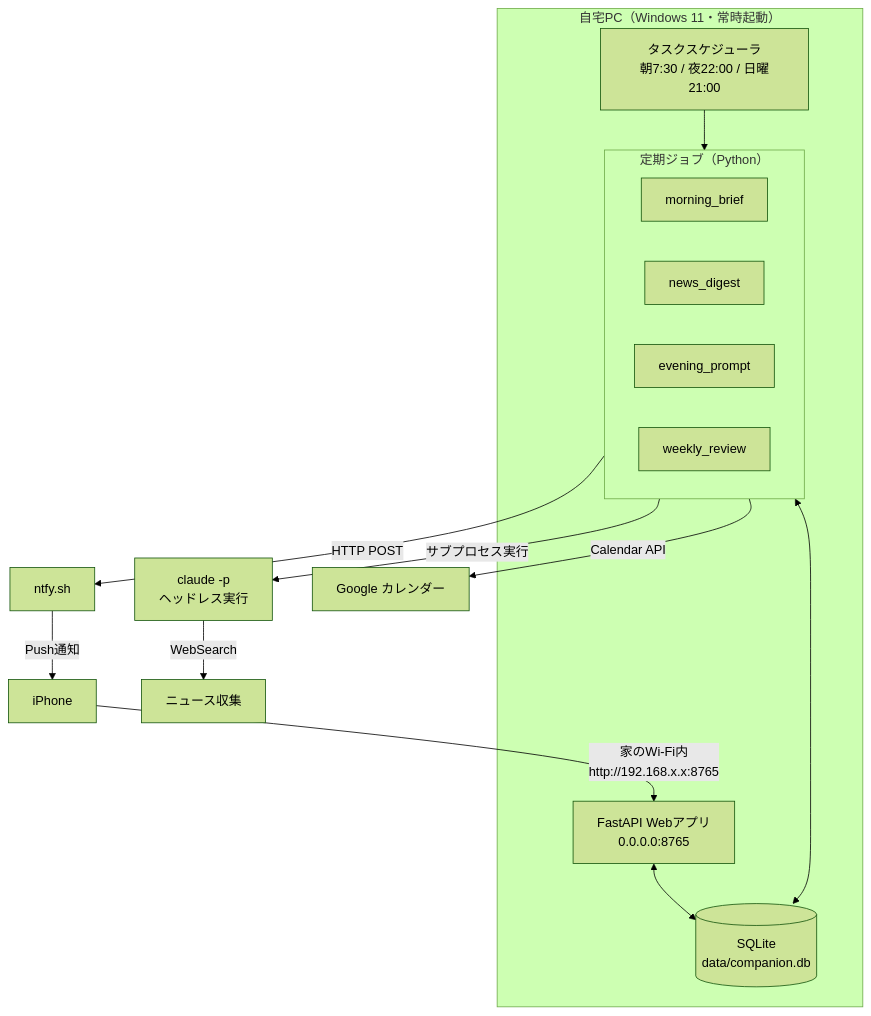
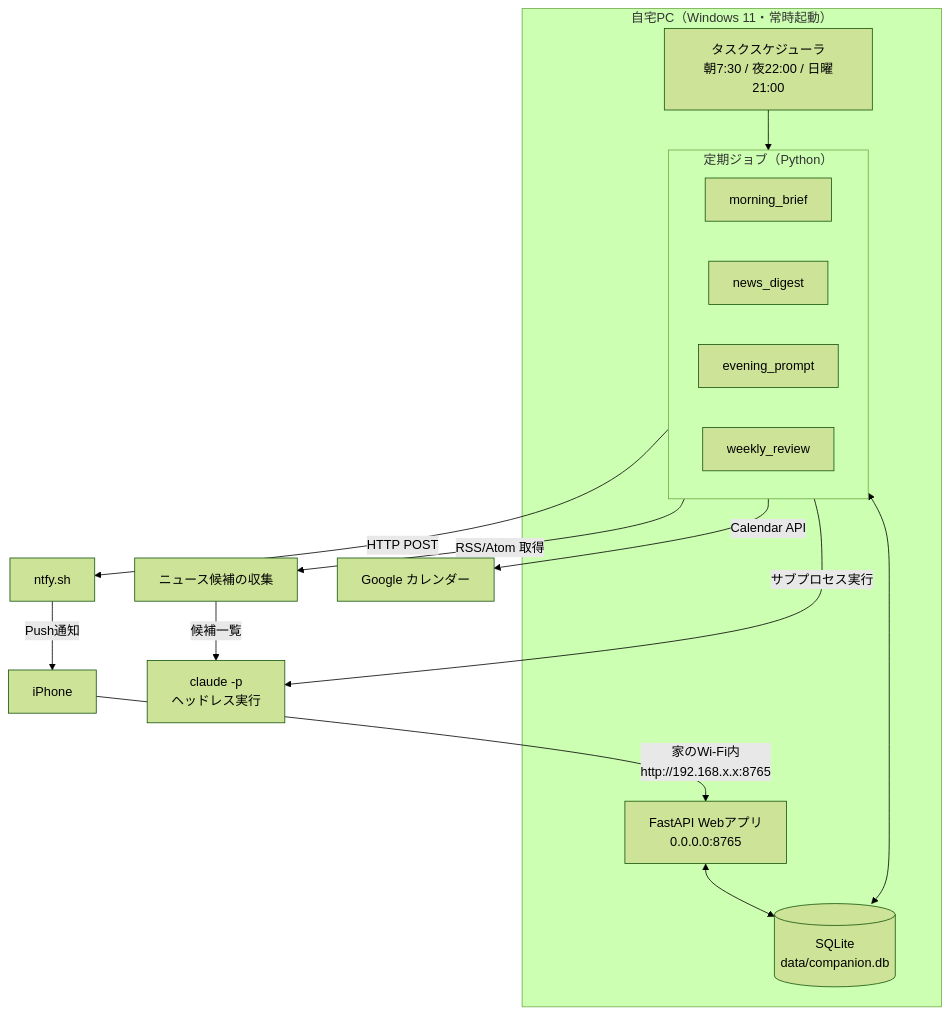
One commit to hattrickyu3/daily-companion changed the first of 2 diagrams in docs/requirements.md. Above: the diagram before and after it, drawn with Mermaid (forest theme). The commit also changed other lines of this file and 7 other files, not shown here.

````diff
--- a/docs/requirements.md
+++ b/docs/requirements.md
@@ -33,24 +33,25 @@
 ```mermaid
 flowchart TB
     subgraph PC["自宅PC（Windows 11・常時起動）"]
         TS["タスクスケジューラ<br/>朝7:30 / 夜22:00 / 日曜21:00"]
         subgraph JOBS["定期ジョブ（Python）"]
             MB["morning_brief"]
             NEWS["news_digest"]
             EV["evening_prompt"]
             WR["weekly_review"]
         end
         WEB["FastAPI Webアプリ<br/>0.0.0.0:8765"]
         DB[("SQLite<br/>data/companion.db")]
     end
 
     TS --> JOBS
     JOBS -->|"サブプロセス実行"| CL["claude -p<br/>ヘッドレス実行"]
-    CL -->|"WebSearch"| NET["ニュース収集"]
+    JOBS -->|"RSS/Atom 取得"| NET["ニュース候補の収集"]
+    NET -->|"候補一覧"| CL
     JOBS <--> DB
     WEB <--> DB
     JOBS -->|"Calendar API"| GCAL["Google カレンダー"]
     JOBS -->|"HTTP POST"| NTFY["ntfy.sh"]
     NTFY -->|"Push通知"| PHONE["iPhone"]
     PHONE -->|"家のWi-Fi内<br/>http://192.168.x.x:8765"| WEB
 ```
````
